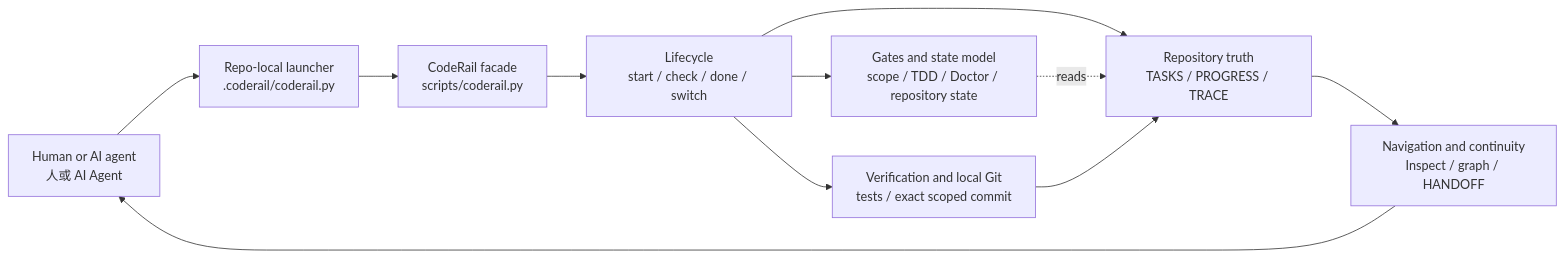
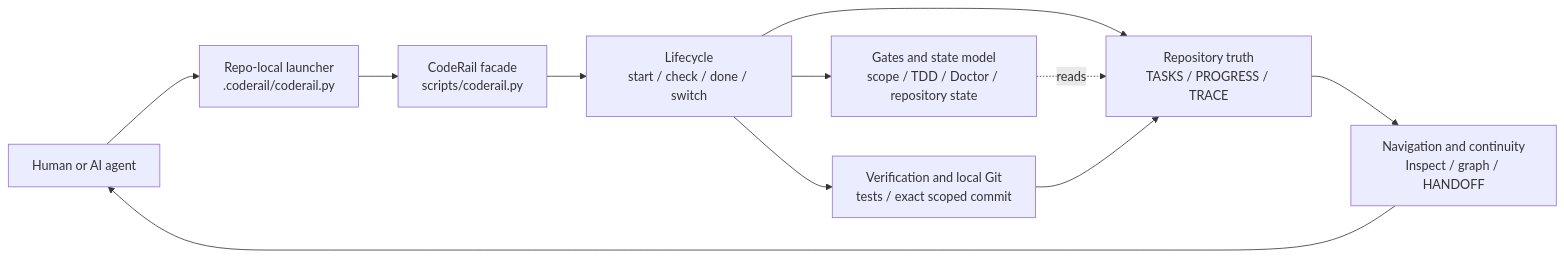
Before and after one commit to HaipingShi/coderail: the diagram in README.md, drawn with Mermaid. The commit also changed other lines of this file and 6 other files, not shown here.

````diff
--- a/README.md
+++ b/README.md
@@ -27,22 +21,22 @@
 ```mermaid
 flowchart LR
-    User["Human or AI agent<br/>人或 AI Agent"]
+    User["Human or AI agent"]
     Shim["Repo-local launcher<br/>.coderail/coderail.py"]
     Facade["CodeRail facade<br/>scripts/coderail.py"]
     Lifecycle["Lifecycle<br/>start / check / done / switch"]
     Gates["Gates and state model<br/>scope / TDD / Doctor / repository state"]
     Truth["Repository truth<br/>TASKS / PROGRESS / TRACE"]
     Git["Verification and local Git<br/>tests / exact scoped commit"]
     Views["Navigation and continuity<br/>Inspect / graph / HANDOFF"]
 
     User --> Shim
     Shim --> Facade
     Facade --> Lifecycle
     Lifecycle --> Gates
     Lifecycle --> Truth
     Gates -. reads .-> Truth
     Lifecycle --> Git
     Git --> Truth
     Truth --> Views
     Views --> User
 ```
````
